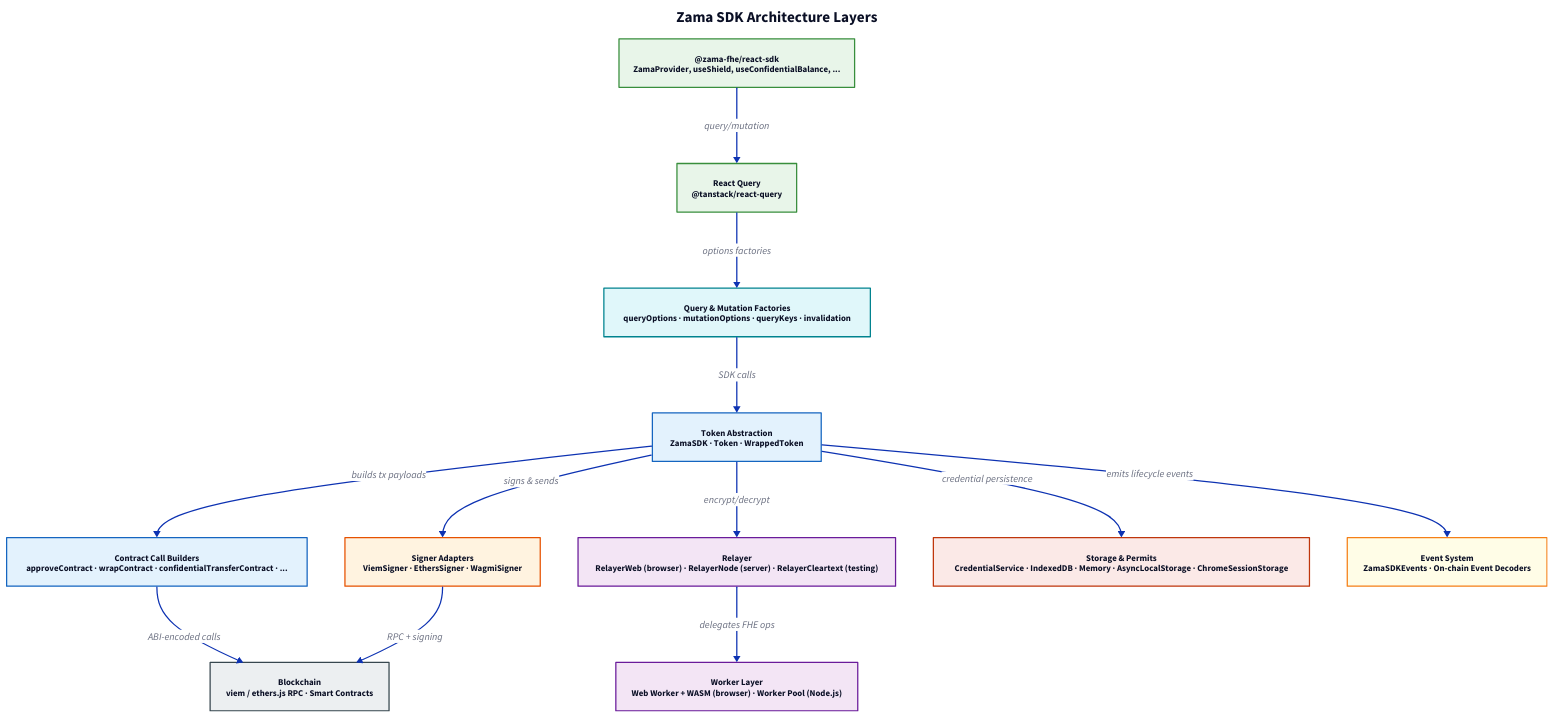
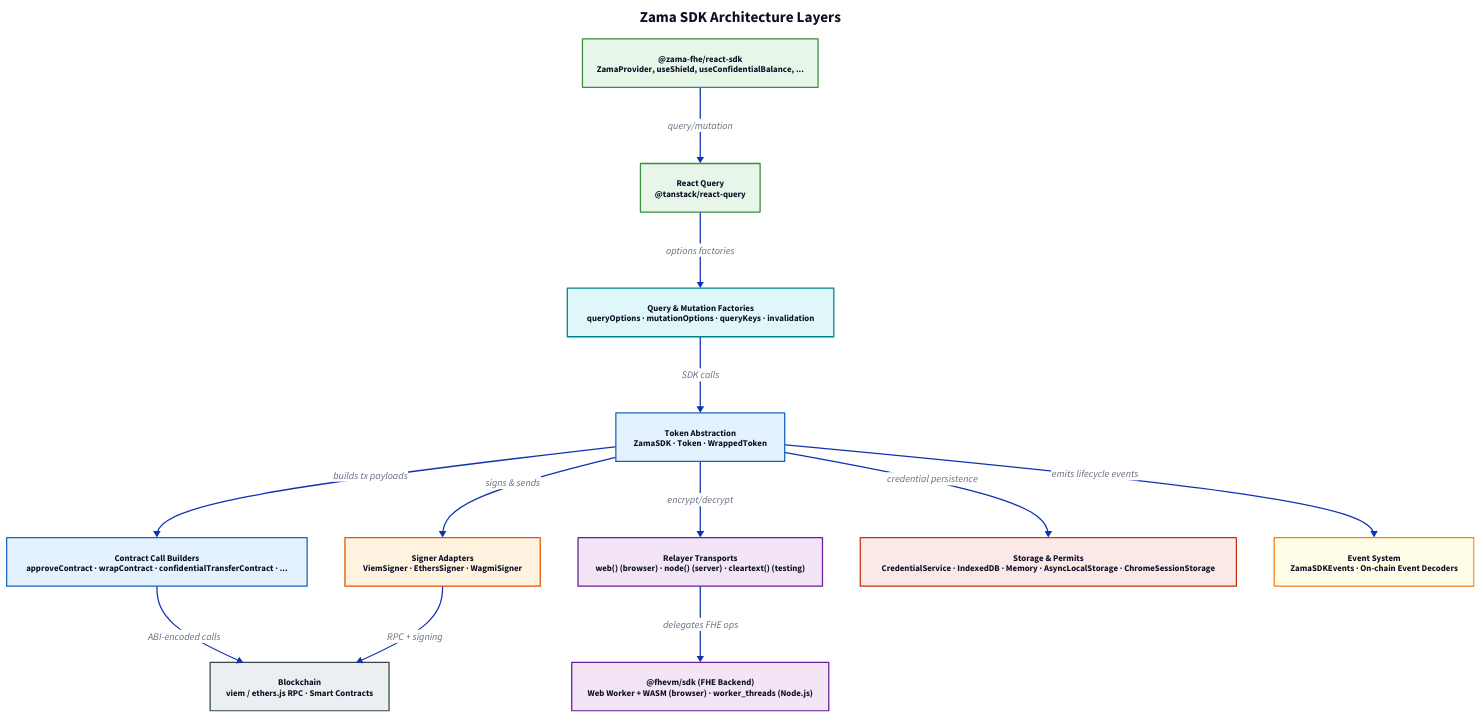
Before and after one commit to zama-ai/sdk: the diagram in docs/diagrams/layers.d2, drawn with D2. The commit also changed 25 other files, not shown here.

```diff
--- a/docs/diagrams/layers.d2
+++ b/docs/diagrams/layers.d2
@@ -1,95 +1,95 @@
 direction: down
 
 title: {
   label: "Zama SDK Architecture Layers"
   near: top-center
   shape: text
   style.font-size: 24
   style.bold: true
 }
 
 # --- UI Layer ---
 react-hooks: "@zama-fhe/react-sdk\nZamaProvider, useShield, useConfidentialBalance, ..." {
   style.fill: "#E8F5E9"
   style.stroke: "#388E3C"
   style.font-size: 14
 }
 
 react-query: "React Query\n@tanstack/react-query" {
   style.fill: "#E8F5E9"
   style.stroke: "#388E3C"
   style.font-size: 14
 }
 
 # --- Query Layer ---
 query: "Query & Mutation Factories\nqueryOptions · mutationOptions · queryKeys · invalidation" {
   style.fill: "#E0F7FA"
   style.stroke: "#00838F"
   style.font-size: 14
 }
 
 # --- Abstraction Layer ---
 token: "Token Abstraction\nZamaSDK · Token · WrappedToken" {
   style.fill: "#E3F2FD"
   style.stroke: "#1565C0"
   style.font-size: 14
 }
 
 contracts: "Contract Call Builders\napproveContract · wrapContract · confidentialTransferContract · ..." {
   style.fill: "#E3F2FD"
   style.stroke: "#1565C0"
   style.font-size: 14
 }
 
 # --- Integration Layer ---
 signers: "Signer Adapters\nViemSigner · EthersSigner · WagmiSigner" {
   style.fill: "#FFF3E0"
   style.stroke: "#E65100"
   style.font-size: 14
 }
 
 # --- Crypto Layer ---
-relayer: "Relayer\nRelayerWeb (browser) · RelayerNode (server) · RelayerCleartext (testing)" {
+relayer: "Relayer Transports\nweb() (browser) · node() (server) · cleartext() (testing)" {
   style.fill: "#F3E5F5"
   style.stroke: "#6A1B9A"
   style.font-size: 14
 }
 
-worker: "Worker Layer\nWeb Worker + WASM (browser) · Worker Pool (Node.js)" {
+worker: "@fhevm/sdk (FHE Backend)\nWeb Worker + WASM (browser) · worker_threads (Node.js)" {
   style.fill: "#F3E5F5"
   style.stroke: "#6A1B9A"
   style.font-size: 14
 }
 
 # --- Storage Layer ---
 storage: "Storage & Permits\nCredentialService · IndexedDB · Memory · AsyncLocalStorage · ChromeSessionStorage" {
   style.fill: "#FBE9E7"
   style.stroke: "#BF360C"
   style.font-size: 14
 }
 
 # --- External ---
 blockchain: "Blockchain\nviem / ethers.js RPC · Smart Contracts" {
   style.fill: "#ECEFF1"
   style.stroke: "#37474F"
   style.font-size: 14
 }
 
 events: "Event System\nZamaSDKEvents · On-chain Event Decoders" {
   style.fill: "#FFFDE7"
   style.stroke: "#F57F17"
   style.font-size: 14
 }
 
 # --- Connections ---
 react-hooks -> react-query: "query/mutation"
 react-query -> query: "options factories"
 query -> token: "SDK calls"
 token -> contracts: "builds tx payloads"
 token -> signers: "signs & sends"
 token -> relayer: "encrypt/decrypt"
 token -> events: "emits lifecycle events"
 contracts -> blockchain: "ABI-encoded calls"
 signers -> blockchain: "RPC + signing"
 relayer -> worker: "delegates FHE ops"
 token -> storage: "credential persistence"
```
